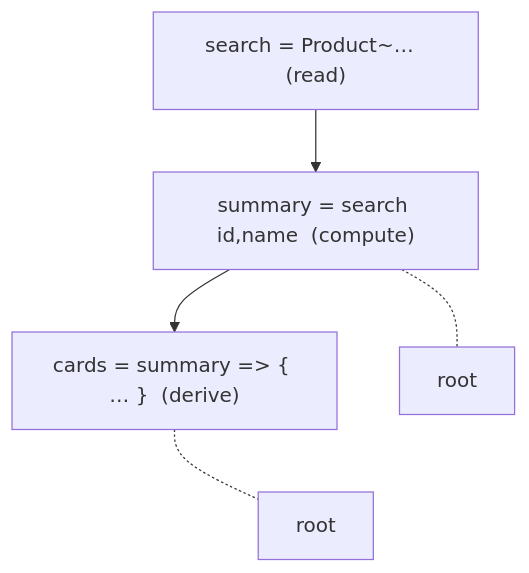
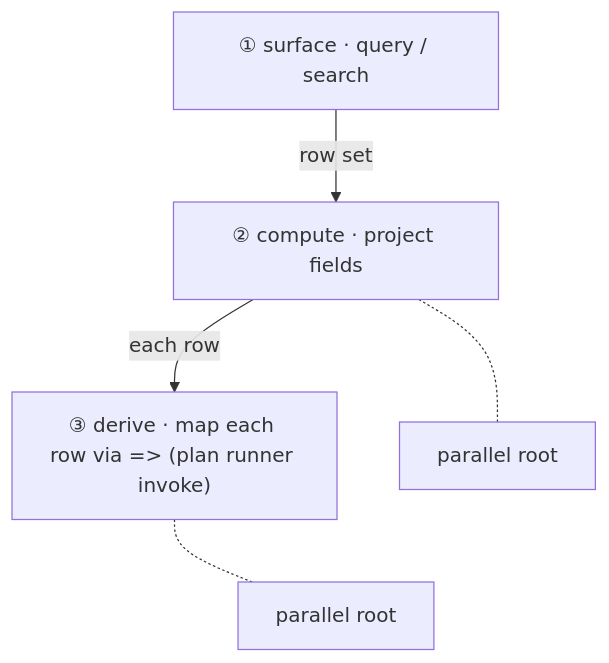
Before and after one commit to ryan-s-roberts/plasm-core: the third of 4 diagrams in README.md, drawn with Mermaid. The commit also changed other lines of this file, not shown here.

Commit message:
docs: plasm-dag HTML escaping note + clearer derive/invoke graph
Made-with: Cursor

````diff
--- a/README.md
+++ b/README.md
@@ -87,10 +87,11 @@
 ```mermaid
 flowchart TB
-  search["search = Product~…  (read)"]
-  summary["summary = search id,name  (compute)"]
-  cards["cards = summary =&gt; { … }  (derive)"]
-  search --> summary --> cards
-  summary -.- r1[root]
-  cards -.- r2[root]
+  search["① surface · query / search"]
+  summary["② compute · project fields"]
+  cards["③ derive · map each row via =&gt; (plan runner invoke)"]
+  search -->|row set| summary
+  summary -->|each row| cards
+  summary -.- r1[parallel root]
+  cards -.- r2[parallel root]
   r1 ~~~ r2
 ```
````
